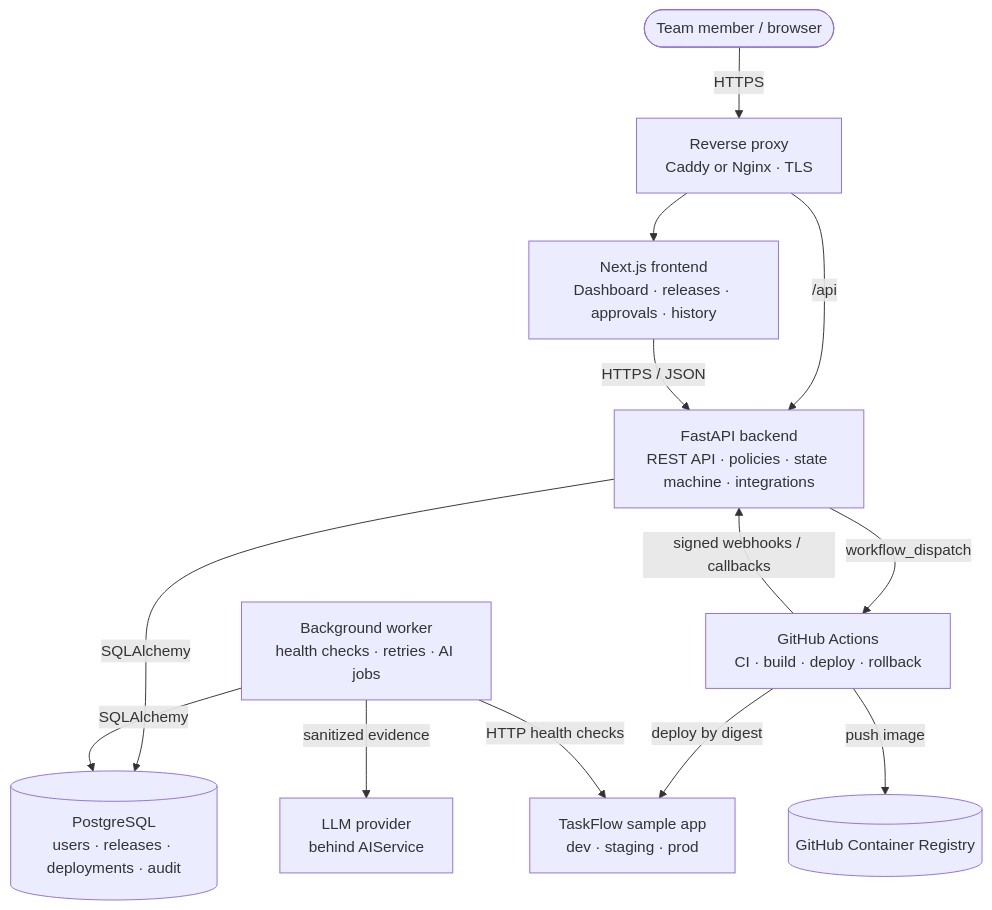
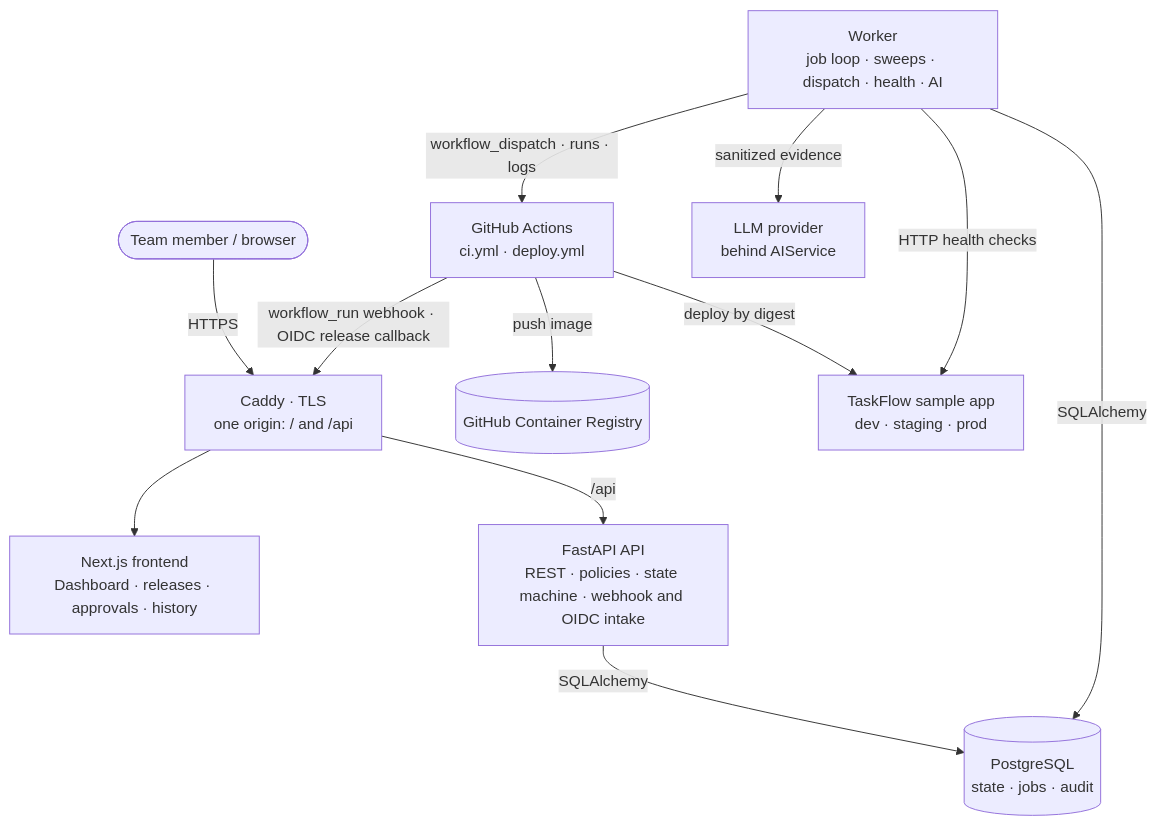
The first of 8 diagrams in docs/DEVELOPMENT_LIFECYCLE.md (hamdounisabri1/releaseguard), drawn with Mermaid before and after one commit. The commit also changed other lines of this file and 26 other files, not shown here.

First line of the commit message:
docs(docs): redesign architecture, add review and ADRs 0001-0007

````diff
--- a/docs/DEVELOPMENT_LIFECYCLE.md
+++ b/docs/DEVELOPMENT_LIFECYCLE.md
@@ -253,26 +273,25 @@
 ```mermaid
 flowchart TB
     user([Team member / browser])
-    proxy[Reverse proxy<br/>Caddy or Nginx · TLS]
+    proxy[Caddy · TLS<br/>one origin: / and /api]
     fe[Next.js frontend<br/>Dashboard · releases · approvals · history]
-    be[FastAPI backend<br/>REST API · policies · state machine · integrations]
-    db[(PostgreSQL<br/>users · releases · deployments · audit)]
-    worker[Background worker<br/>health checks · retries · AI jobs]
-    gh[GitHub Actions<br/>CI · build · deploy · rollback]
+    be[FastAPI API<br/>REST · policies · state machine · webhook and OIDC intake]
+    db[(PostgreSQL<br/>state · jobs · audit)]
+    worker[Worker<br/>job loop · sweeps · dispatch · health · AI]
+    gh[GitHub Actions<br/>ci.yml · deploy.yml]
     ghcr[(GitHub Container Registry)]
     ai[LLM provider<br/>behind AIService]
     target[TaskFlow sample app<br/>dev · staging · prod]
 
     user -->|HTTPS| proxy
     proxy --> fe
     proxy -->|/api| be
-    fe -->|HTTPS / JSON| be
     be -->|SQLAlchemy| db
     worker -->|SQLAlchemy| db
-    be -->|workflow_dispatch| gh
-    gh -->|signed webhooks / callbacks| be
+    worker -->|workflow_dispatch · runs · logs| gh
+    gh -->|workflow_run webhook · OIDC release callback| proxy
     gh -->|push image| ghcr
     gh -->|deploy by digest| target
     worker -->|HTTP health checks| target
     worker -->|sanitized evidence| ai
 ```
````
